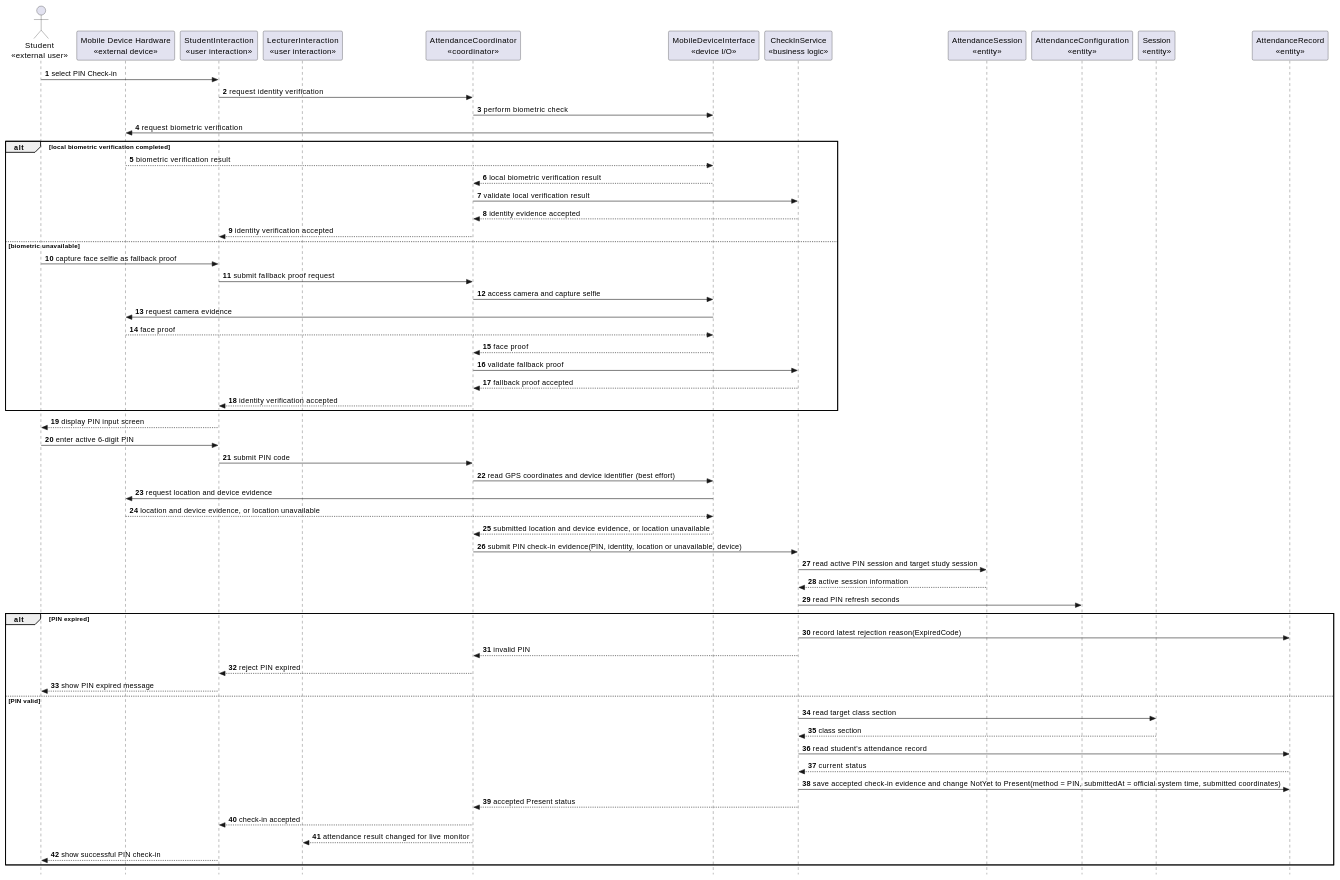
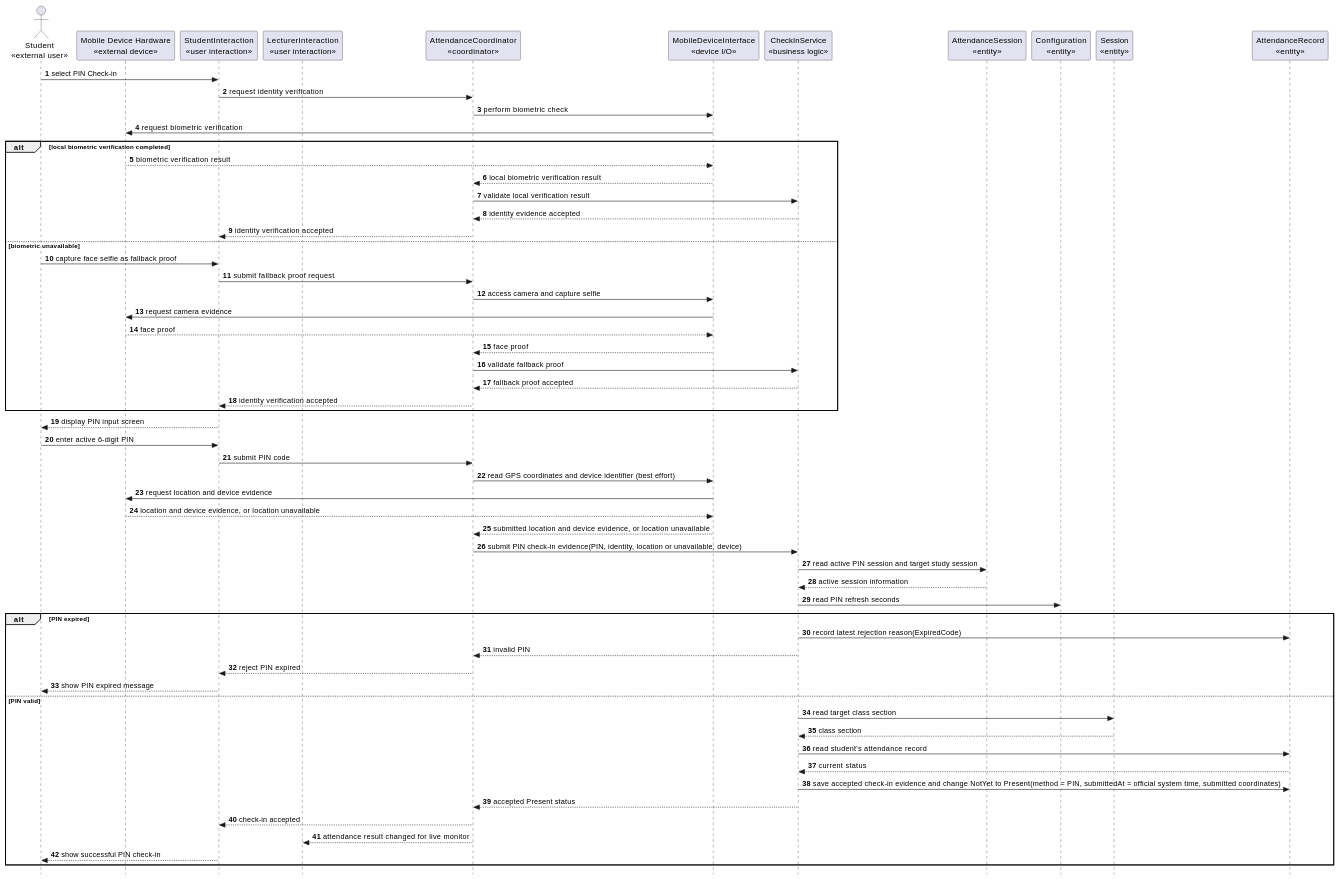
Diagram 13 of 26 in docs/rds/2_Analysis.md (nttung42/SWD392), drawn with PlantUML before and after one commit. The commit also changed other lines of this file and 2 other files, not shown here.

````diff
--- a/docs/rds/2_Analysis.md
+++ b/docs/rds/2_Analysis.md
@@ -566,69 +567,69 @@
 ```plantuml
 @startuml
 skinparam style strictuml
 autonumber
 actor "Student\n«external user»" as Student
 participant "Mobile Device Hardware\n«external device»" as MobileHardware
 participant "StudentInteraction\n«user interaction»" as StudentUI
 participant "LecturerInteraction\n«user interaction»" as LecturerUI
 participant "AttendanceCoordinator\n«coordinator»" as CheckInControl
 participant "MobileDeviceInterface\n«device I/O»" as MobileSensor
 participant "CheckInService\n«business logic»" as AttendanceRules
 participant "AttendanceSession\n«entity»" as AttendanceSession
-participant "AttendanceConfiguration\n«entity»" as AttendanceConfig
+participant "Configuration\n«entity»" as Configuration
 participant "Session\n«entity»" as Session
 participant "AttendanceRecord\n«entity»" as AttendanceRecord
 
 Student -> StudentUI : select PIN Check-in
 StudentUI -> CheckInControl : request identity verification
 CheckInControl -> MobileSensor : perform biometric check
 MobileSensor -> MobileHardware : request biometric verification
 
 alt local biometric verification completed
   MobileHardware --> MobileSensor : biometric verification result
   MobileSensor --> CheckInControl : local biometric verification result
   CheckInControl -> AttendanceRules : validate local verification result
   AttendanceRules --> CheckInControl : identity evidence accepted
   CheckInControl --> StudentUI : identity verification accepted
 else biometric unavailable
   Student -> StudentUI : capture face selfie as fallback proof
   StudentUI -> CheckInControl : submit fallback proof request
   CheckInControl -> MobileSensor : access camera and capture selfie
   MobileSensor -> MobileHardware : request camera evidence
   MobileHardware --> MobileSensor : face proof
   MobileSensor --> CheckInControl : face proof
   CheckInControl -> AttendanceRules : validate fallback proof
   AttendanceRules --> CheckInControl : fallback proof accepted
   CheckInControl --> StudentUI : identity verification accepted
 end
 
 StudentUI --> Student : display PIN input screen
 Student -> StudentUI : enter active 6-digit PIN
 StudentUI -> CheckInControl : submit PIN code
 CheckInControl -> MobileSensor : read GPS coordinates and device identifier (best effort)
 MobileSensor -> MobileHardware : request location and device evidence
 MobileHardware --> MobileSensor : location and device evidence, or location unavailable
 MobileSensor --> CheckInControl : submitted location and device evidence, or location unavailable
 CheckInControl -> AttendanceRules : submit PIN check-in evidence(PIN, identity, location or unavailable, device)
 AttendanceRules -> AttendanceSession : read active PIN session and target study session
 AttendanceSession --> AttendanceRules : active session information
-AttendanceRules -> AttendanceConfig : read PIN refresh seconds
+AttendanceRules -> Configuration : read PIN refresh seconds
 
 alt PIN expired
   AttendanceRules -> AttendanceRecord : record latest rejection reason(ExpiredCode)
   AttendanceRules --> CheckInControl : invalid PIN
   CheckInControl --> StudentUI : reject PIN expired
   StudentUI --> Student : show PIN expired message
 else PIN valid
   AttendanceRules -> Session : read target class section
   Session --> AttendanceRules : class section
   AttendanceRules -> AttendanceRecord : read student's attendance record
   AttendanceRecord --> AttendanceRules : current status
   AttendanceRules -> AttendanceRecord : save accepted check-in evidence and change NotYet to Present(method = PIN, submittedAt = official system time, submitted coordinates)
   AttendanceRules --> CheckInControl : accepted Present status
   CheckInControl --> StudentUI : check-in accepted
   CheckInControl --> LecturerUI : attendance result changed for live monitor
   StudentUI --> Student : show successful PIN check-in
 end
 @enduml
 ```
````
